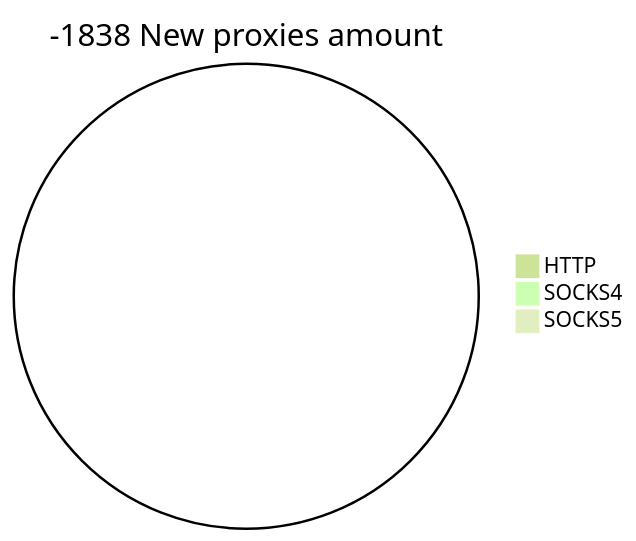
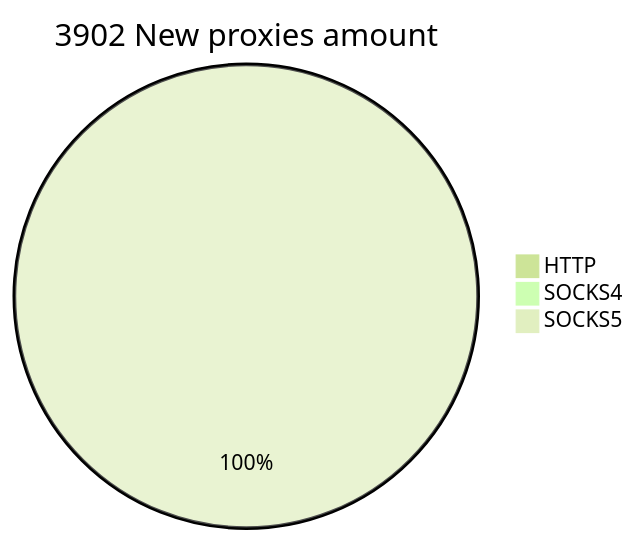
The second of 2 diagrams in README.md (cutipu/proxylist), drawn with Mermaid (forest theme) before and after one commit. The commit also changed other lines of this file, not shown here.

````diff
--- a/README.md
+++ b/README.md
@@ -10,6 +10,6 @@
 ```mermaid
-pie title -1838 New proxies amount
+pie title 3902 New proxies amount
     "HTTP" : 0
     "SOCKS4" : 0
-    "SOCKS5" : 0
+    "SOCKS5" : 3908
 ```
````
